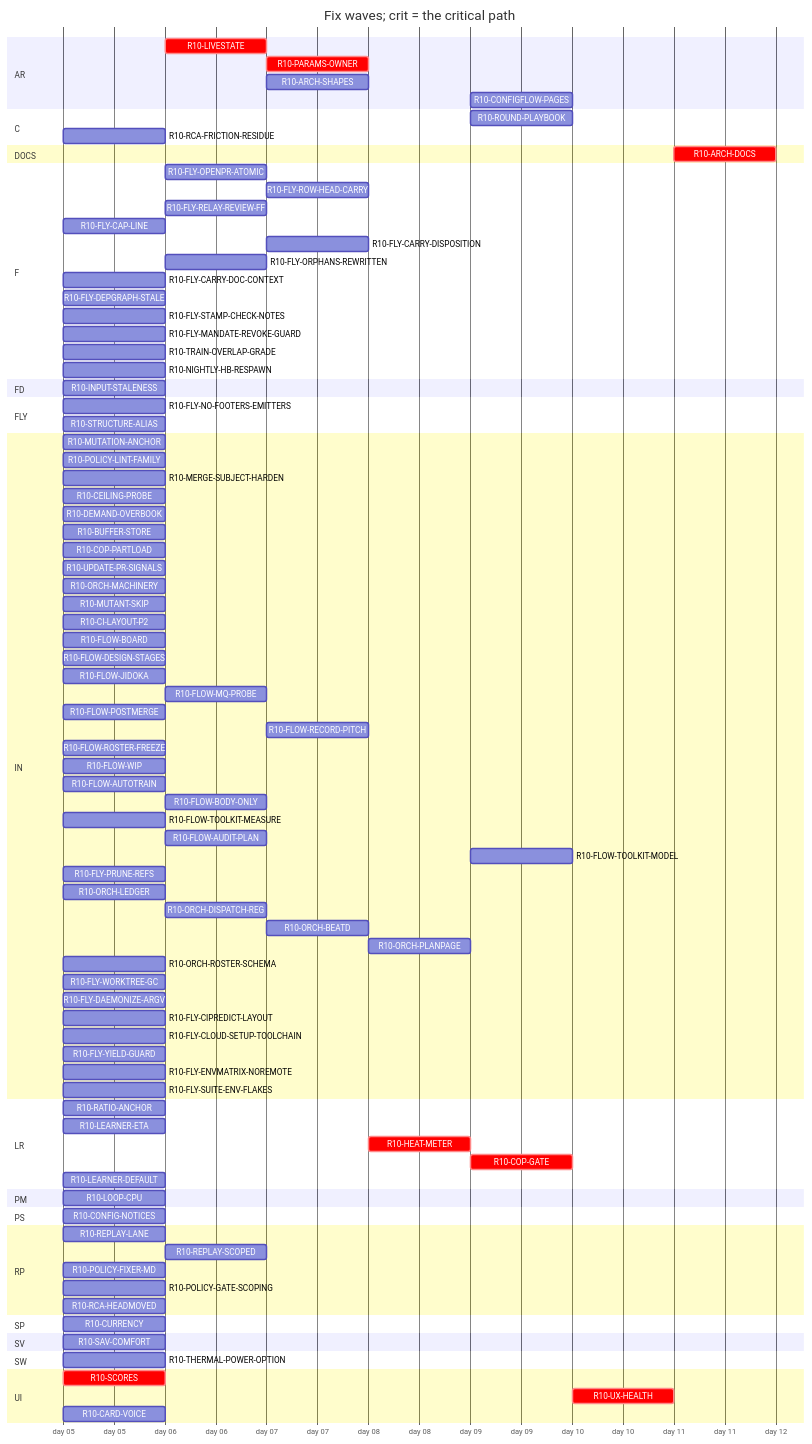
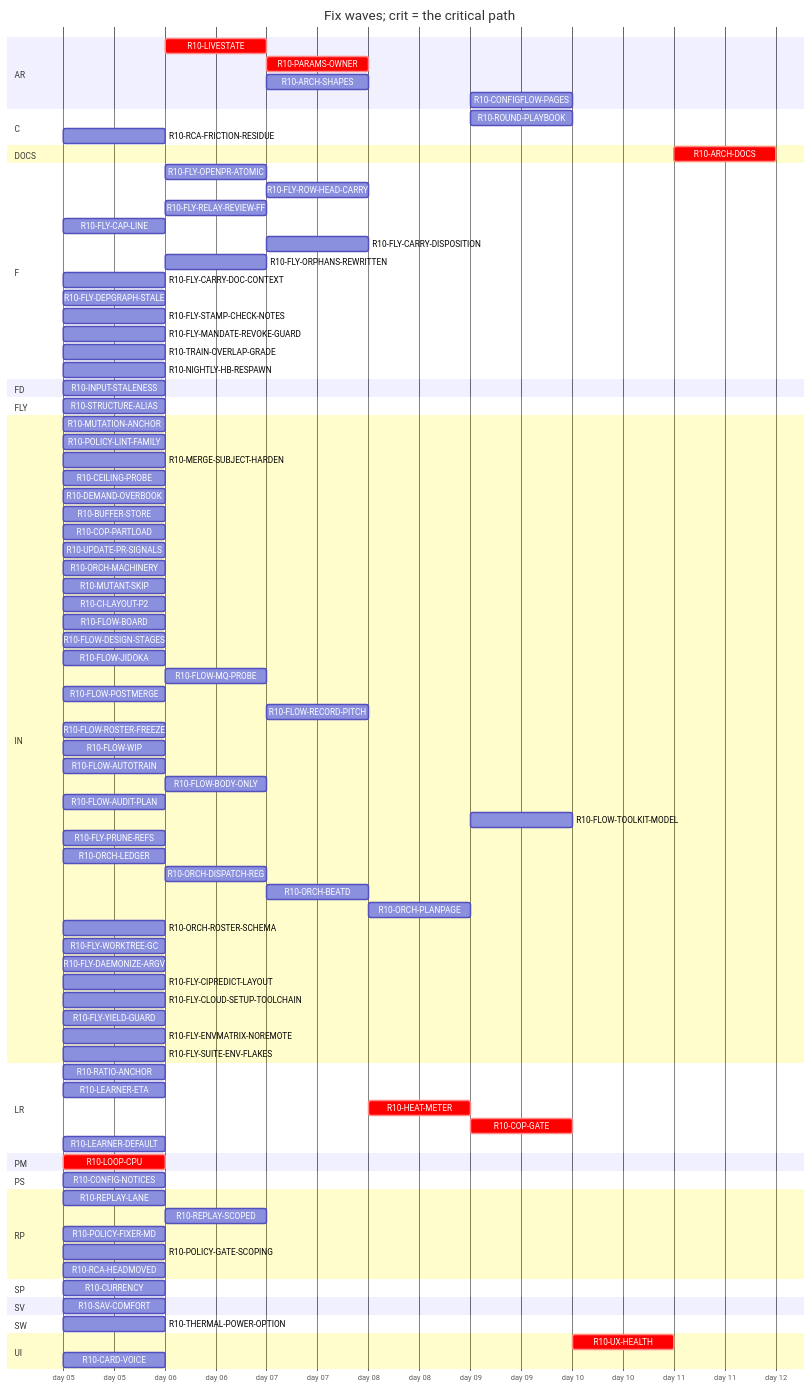
One commit to tvofi/heatpump_optimizer changed the diagram in handoff/round10/state/PLAN-TABLE.md. Above: the diagram before and after it, drawn with Mermaid. The commit also changed other lines of this file and 2 other files, not shown here.

Commit message:
state: NEXT-SESSION-PROMPT.md, PLAN-TABLE.md, RESUME-CURRENT.md regenerated (state_docs.py)

````diff
--- a/handoff/round10/state/PLAN-TABLE.md
+++ b/handoff/round10/state/PLAN-TABLE.md
@@ -31,7 +31,7 @@
   dateFormat YYYY-MM-DD
   axisFormat day %d
   section AR
-    R10-LIVESTATE :crit, r10LIVESTATE, after r10SCORES r10LOOPCPU, 1d
+    R10-LIVESTATE :crit, r10LIVESTATE, after r10LOOPCPU, 1d
     R10-PARAMS-OWNER :crit, r10PARAMSOWNER, after r10LIVESTATE r10RATIOANCHOR, 1d
     R10-ARCH-SHAPES :r10ARCHSHAPES, after r10LIVESTATE r10INPUTSTALENESS, 1d
     R10-CONFIGFLOW-PAGES :r10CONFIGFLOWPAGES, after r10HEATMETER, 1d
@@ -39,7 +39,7 @@
     R10-ROUND-PLAYBOOK :r10ROUNDPLAYBOOK, after r10FLOWAUDITPLAN r10ORCHLEDGER r10ORCHDISPATCHREG r10ORCHBEATD r10ORCHPLANPAGE r10FLOWAUTOTRAIN r10CILAYOUTP2, 1d
     R10-RCA-FRICTION-RESIDUE :r10RCAFRICTIONRESIDUE, 2026-01-05, 1d
   section DOCS
-    R10-ARCH-DOCS :crit, r10ARCHDOCS, after r10RATIOANCHOR r10INPUTSTALENESS r10CURRENCY r10LOOPCPU r10SCORES r10LIVESTATE r10CONFIGNOTICES r10PARAMSOWNER r10ARCHSHAPES r10LEARNERETA r10HEATMETER r10COPGATE r10UXHEALTH r10CONFIGFLOWPAGES r10REPLAYLANE r10REPLAYSCOPED, 1d
+    R10-ARCH-DOCS :crit, r10ARCHDOCS, after r10RATIOANCHOR r10INPUTSTALENESS r10CURRENCY r10LOOPCPU r10LIVESTATE r10CONFIGNOTICES r10PARAMSOWNER r10ARCHSHAPES r10LEARNERETA r10HEATMETER r10COPGATE r10UXHEALTH r10CONFIGFLOWPAGES r10REPLAYLANE r10REPLAYSCOPED, 1d
   section F
     R10-FLY-OPENPR-ATOMIC :r10FLYOPENPRATOMIC, after r10UPDATEPRSIGNALS, 1d
     R10-FLY-ROW-HEAD-CARRY :r10FLYROWHEADCARRY, after r10CILAYOUTP2 r10FLYOPENPRATOMIC, 1d
@@ -56,7 +56,6 @@
   section FD
     R10-INPUT-STALENESS :r10INPUTSTALENESS, 2026-01-05, 1d
   section FLY
-    R10-FLY-NO-FOOTERS-EMITTERS :r10FLYNOFOOTERSEMITTERS, 2026-01-05, 1d
     R10-STRUCTURE-ALIAS :r10STRUCTUREALIAS, 2026-01-05, 1d
   section IN
     R10-MUTATION-ANCHOR :r10MUTATIONANCHOR, 2026-01-05, 1d
@@ -80,9 +79,8 @@
     R10-FLOW-WIP :r10FLOWWIP, 2026-01-05, 1d
     R10-FLOW-AUTOTRAIN :r10FLOWAUTOTRAIN, 2026-01-05, 1d
     R10-FLOW-BODY-ONLY :r10FLOWBODYONLY, after r10UPDATEPRSIGNALS, 1d
-    R10-FLOW-TOOLKIT-MEASURE :r10FLOWTOOLKITMEASURE, 2026-01-05, 1d
-    R10-FLOW-AUDIT-PLAN :r10FLOWAUDITPLAN, after r10FLOWTOOLKITMEASURE, 1d
-    R10-FLOW-TOOLKIT-MODEL :r10FLOWTOOLKITMODEL, after r10ORCHPLANPAGE r10FLOWTOOLKITMEASURE, 1d
+    R10-FLOW-AUDIT-PLAN :r10FLOWAUDITPLAN, 2026-01-05, 1d
+    R10-FLOW-TOOLKIT-MODEL :r10FLOWTOOLKITMODEL, after r10ORCHPLANPAGE, 1d
     R10-FLY-PRUNE-REFS :r10FLYPRUNEREFS, 2026-01-05, 1d
     R10-ORCH-LEDGER :r10ORCHLEDGER, 2026-01-05, 1d
     R10-ORCH-DISPATCH-REG :r10ORCHDISPATCHREG, after r10ORCHLEDGER, 1d
@@ -103,7 +101,7 @@
     R10-COP-GATE :crit, r10COPGATE, after r10HEATMETER, 1d
     R10-LEARNER-DEFAULT :r10LEARNERDEFAULT, 2026-01-05, 1d
   section PM
-    R10-LOOP-CPU :r10LOOPCPU, 2026-01-05, 1d
+    R10-LOOP-CPU :crit, r10LOOPCPU, 2026-01-05, 1d
   section PS
     R10-CONFIG-NOTICES :r10CONFIGNOTICES, 2026-01-05, 1d
   section RP
@@ -119,7 +117,6 @@
   section SW
     R10-THERMAL-POWER-OPTION :r10THERMALPOWEROPTION, 2026-01-05, 1d
   section UI
-    R10-SCORES :crit, r10SCORES, 2026-01-05, 1d
-    R10-UX-HEALTH :crit, r10UXHEALTH, after r10SCORES r10COPGATE r10HEATMETER, 1d
+    R10-UX-HEALTH :crit, r10UXHEALTH, after r10COPGATE r10HEATMETER, 1d
     R10-CARD-VOICE :r10CARDVOICE, 2026-01-05, 1d
 ```
````
